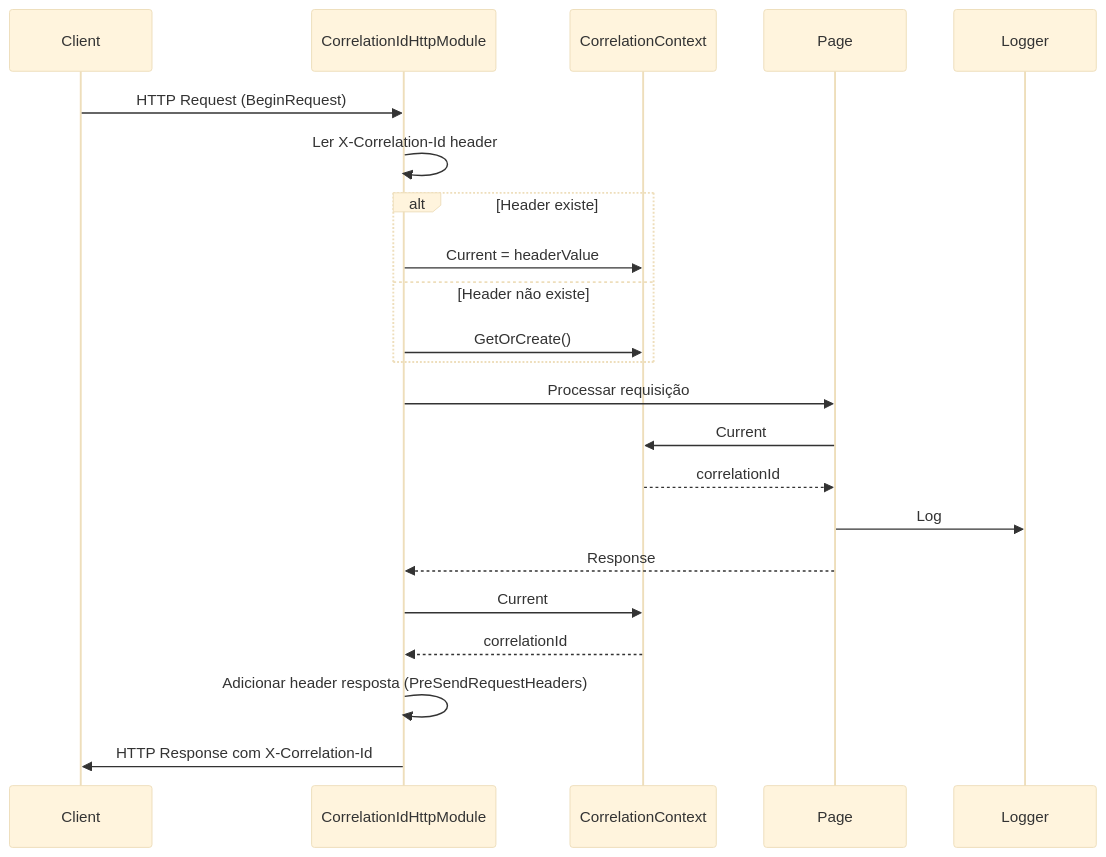
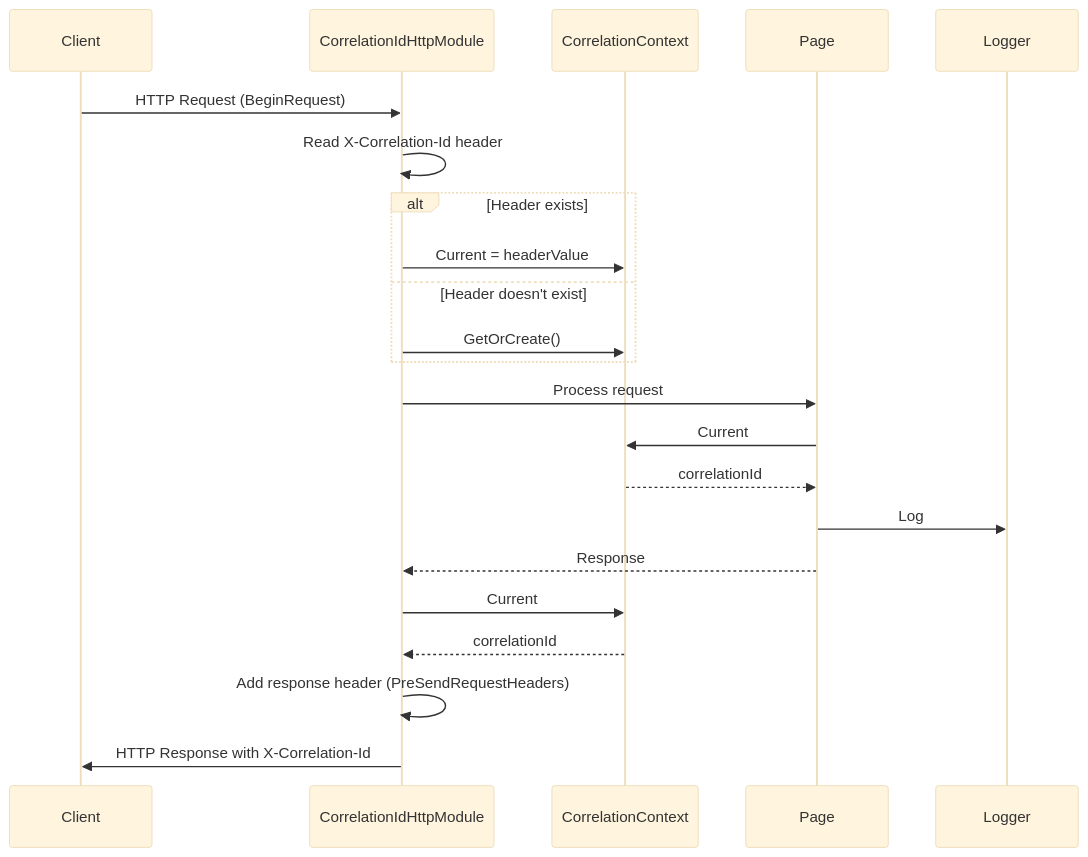
One commit to whitebeardit/traceability changed the fourth of 7 diagrams in docs/agents/architecture.md. Above: the diagram before and after it, drawn with Mermaid (base theme). The commit also changed other lines of this file and 35 other files, not shown here.

````diff
--- a/docs/agents/architecture.md
+++ b/docs/agents/architecture.md
@@ -116,25 +116,25 @@
 ```mermaid
 sequenceDiagram
     participant Client
     participant HttpModule as CorrelationIdHttpModule
     participant Context as CorrelationContext
     participant Page
     participant Logger
 
     Client->>HttpModule: HTTP Request (BeginRequest)
-    HttpModule->>HttpModule: Ler X-Correlation-Id header
-    alt Header existe
+    HttpModule->>HttpModule: Read X-Correlation-Id header
+    alt Header exists
         HttpModule->>Context: Current = headerValue
-    else Header não existe
+    else Header doesn't exist
         HttpModule->>Context: GetOrCreate()
     end
-    HttpModule->>Page: Processar requisição
+    HttpModule->>Page: Process request
     Page->>Context: Current
     Context-->>Page: correlationId
     Page->>Logger: Log
     Page-->>HttpModule: Response
     HttpModule->>Context: Current
     Context-->>HttpModule: correlationId
-    HttpModule->>HttpModule: Adicionar header resposta (PreSendRequestHeaders)
-    HttpModule->>Client: HTTP Response com X-Correlation-Id
+    HttpModule->>HttpModule: Add response header (PreSendRequestHeaders)
+    HttpModule->>Client: HTTP Response with X-Correlation-Id
 ```
````
